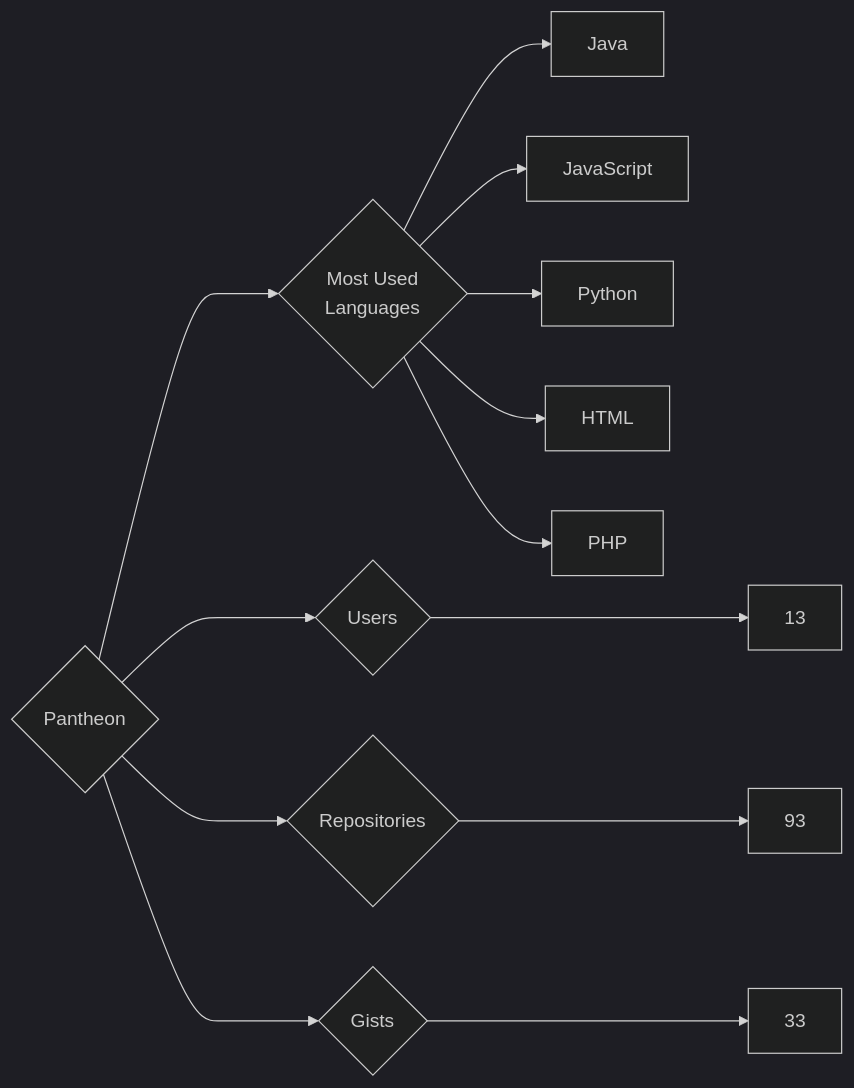
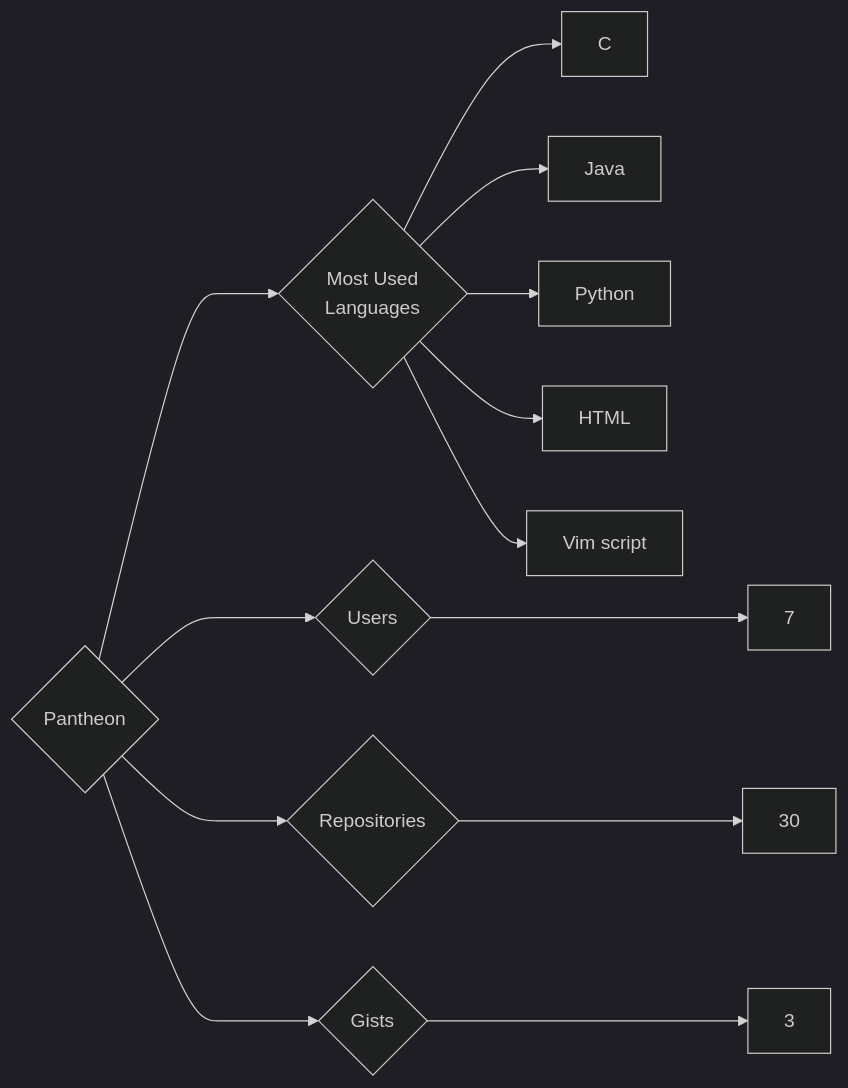
The diagram in targets/Pantheon/README.md (trickest/insiders), drawn with Mermaid (dark theme) before and after one commit. The commit also changed 995 other files, not shown here.

````diff
--- a/targets/Pantheon/README.md
+++ b/targets/Pantheon/README.md
@@ -3,13 +3,13 @@
 ```mermaid
 graph LR
 COMPANY_NAME{Pantheon}
-COMPANY_NAME ---> U{Users} ---> UN[13]
-COMPANY_NAME ---> R{Repositories} ---> RN[93]
-COMPANY_NAME ---> G{Gists} ---> GN[33]
+COMPANY_NAME ---> U{Users} ---> UN[7]
+COMPANY_NAME ---> R{Repositories} ---> RN[30]
+COMPANY_NAME ---> G{Gists} ---> GN[3]
 COMPANY_NAME ---> ML{Most Used<br>Languages}
+ML --> C[C]
 ML --> Java[Java]
-ML --> JavaScript[JavaScript]
 ML --> Python[Python]
 ML --> HTML[HTML]
-ML --> PHP[PHP]
+ML --> Vim_script[Vim script]
 ```
````
